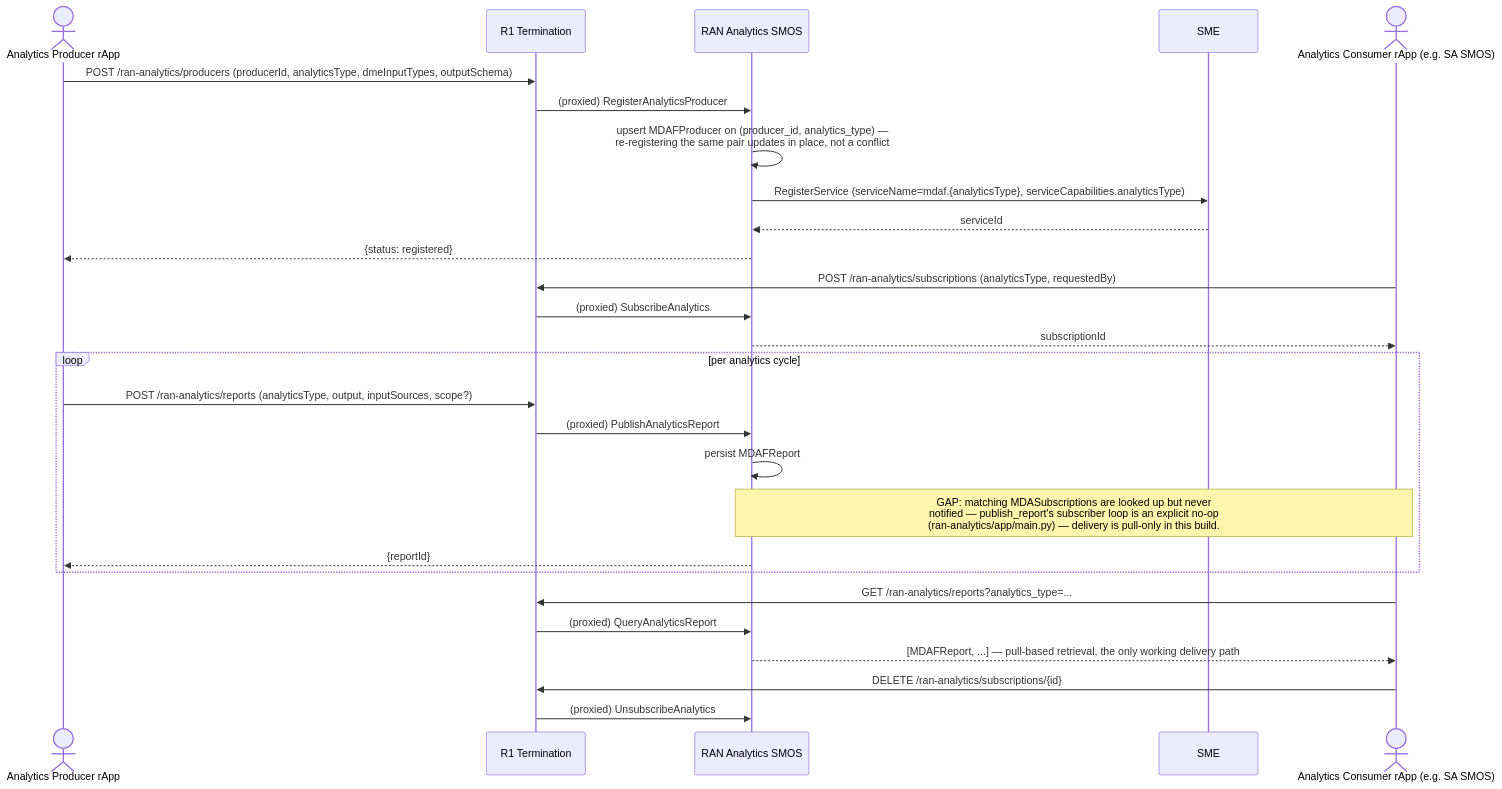
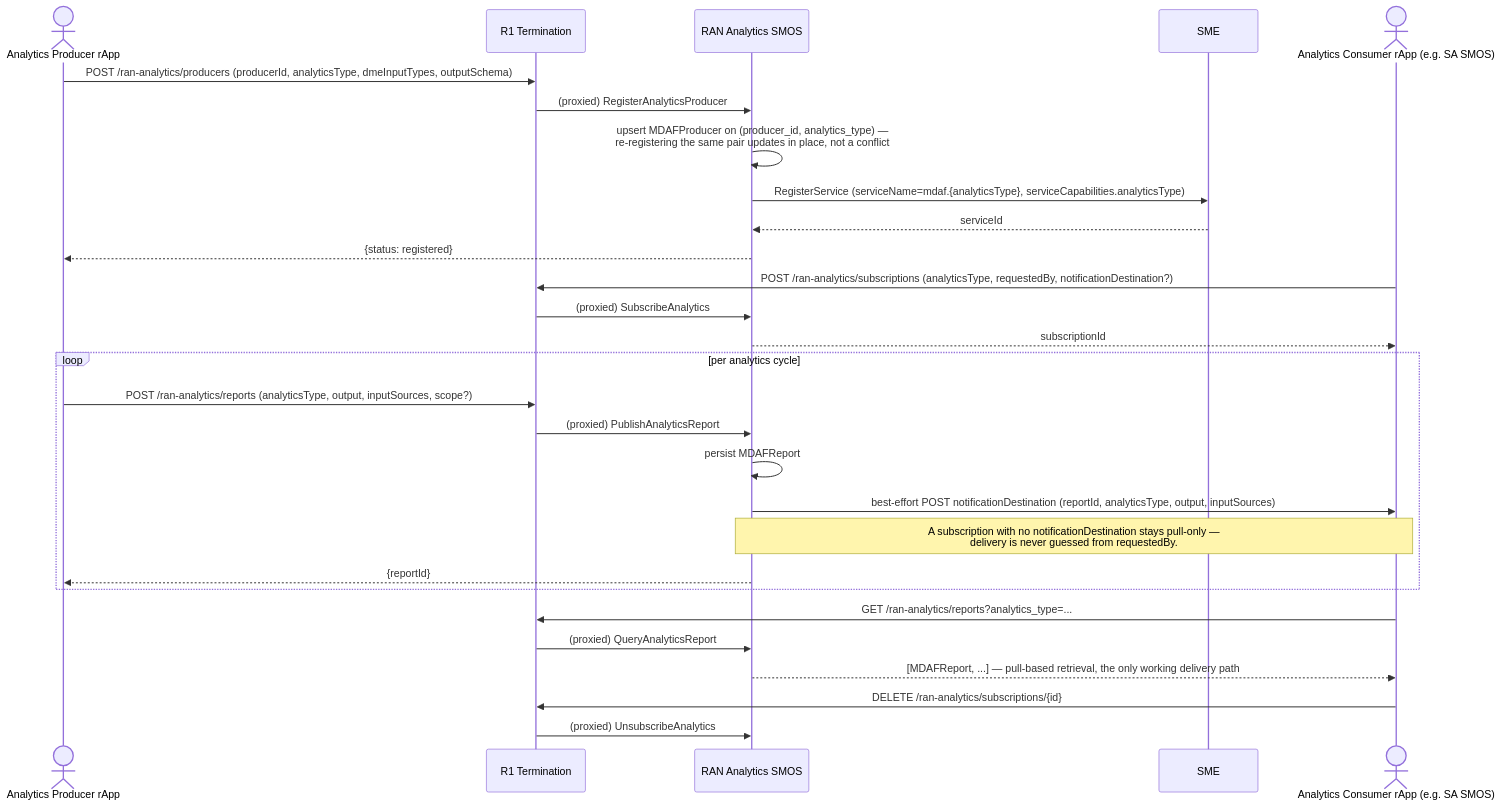
The diagram in smo/docs/call-flows/08-ran-analytics-data-production.md (rsys-bshankar/ai-ran-ref), drawn with Mermaid before and after one commit. The commit also changed other lines of this file and 6 other files, not shown here.

First line of the commit message:
ran-analytics: deliver real subscriber notifications on publish_report

````diff
--- a/smo/docs/call-flows/08-ran-analytics-data-production.md
+++ b/smo/docs/call-flows/08-ran-analytics-data-production.md
@@ -8,34 +8,35 @@
 ```mermaid
 sequenceDiagram
     actor Producer as Analytics Producer rApp
     participant R1 as R1 Termination
     participant RanA as RAN Analytics SMOS
     participant SME as SME
     actor Consumer as Analytics Consumer rApp (e.g. SA SMOS)
 
     Producer->>R1: POST /ran-analytics/producers (producerId, analyticsType, dmeInputTypes, outputSchema)
     R1->>RanA: (proxied) RegisterAnalyticsProducer
     RanA->>RanA: upsert MDAFProducer on (producer_id, analytics_type) —<br/>re-registering the same pair updates in place, not a conflict
     RanA->>SME: RegisterService (serviceName=mdaf.{analyticsType}, serviceCapabilities.analyticsType)
     SME-->>RanA: serviceId
     RanA-->>Producer: {status: registered}
 
-    Consumer->>R1: POST /ran-analytics/subscriptions (analyticsType, requestedBy)
+    Consumer->>R1: POST /ran-analytics/subscriptions (analyticsType, requestedBy, notificationDestination?)
     R1->>RanA: (proxied) SubscribeAnalytics
     RanA-->>Consumer: subscriptionId
 
     loop per analytics cycle
         Producer->>R1: POST /ran-analytics/reports (analyticsType, output, inputSources, scope?)
         R1->>RanA: (proxied) PublishAnalyticsReport
         RanA->>RanA: persist MDAFReport
-        Note over RanA,Consumer: GAP: matching MDASubscriptions are looked up but never<br/>notified — publish_report's subscriber loop is an explicit no-op<br/>(ran-analytics/app/main.py) — delivery is pull-only in this build.
+        RanA->>Consumer: best-effort POST notificationDestination (reportId, analyticsType, output, inputSources)
+        Note over RanA,Consumer: A subscription with no notificationDestination stays pull-only —<br/>delivery is never guessed from requestedBy.
         RanA-->>Producer: {reportId}
     end
 
     Consumer->>R1: GET /ran-analytics/reports?analytics_type=...
     R1->>RanA: (proxied) QueryAnalyticsReport
     RanA-->>Consumer: [MDAFReport, ...] — pull-based retrieval, the only working delivery path
 
     Consumer->>R1: DELETE /ran-analytics/subscriptions/{id}
     R1->>RanA: (proxied) UnsubscribeAnalytics
 ```
````
